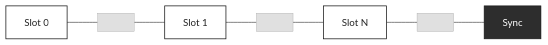
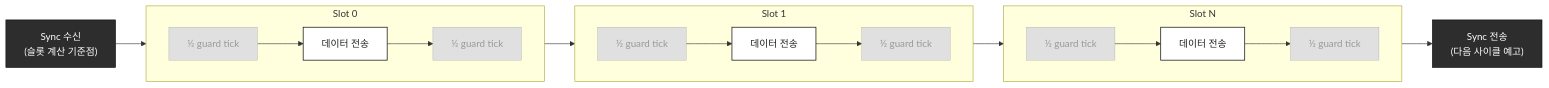
The diagram in diagrams/slot_timeline.mmd (Woodong02/SoC_Design_and_Programming), drawn with Mermaid before and after one commit. The commit also changed 8 other files, not shown here.

Commit message:
PHY 다이어그램에 N개 슬레이브 공유버스 표현, 비트필드 전송순서로 반전, 타임슬롯 다이어그램에 반-가드틱 구조 반영

```diff
--- a/diagrams/slot_timeline.mmd
+++ b/diagrams/slot_timeline.mmd
@@ -1,6 +1,25 @@
 flowchart LR
-    S0["Slot 0"]:::slot --- G0[" "]:::guard --- S1["Slot 1"]:::slot --- G1[" "]:::guard --- SN["Slot N"]:::slot --- G2[" "]:::guard --- SY["Sync"]:::sync
+    SY["Sync 수신\n(슬롯 계산 기준점)"]:::sync --> H0a
+
+    subgraph Slot0 ["Slot 0"]
+        direction LR
+        H0a["½ guard tick"]:::guard --> D0["데이터 전송"]:::slot --> H0b["½ guard tick"]:::guard
+    end
+
+    subgraph Slot1 ["Slot 1"]
+        direction LR
+        H1a["½ guard tick"]:::guard --> D1["데이터 전송"]:::slot --> H1b["½ guard tick"]:::guard
+    end
+
+    subgraph SlotN ["Slot N"]
+        direction LR
+        HNa["½ guard tick"]:::guard --> DN["데이터 전송"]:::slot --> HNb["½ guard tick"]:::guard
+    end
+
+    H0b --> H1a
+    H1b --> HNa
+    HNb --> SY2["Sync 전송\n(다음 사이클 예고)"]:::sync
 
     classDef slot fill:#FFFFFF,stroke:#111111,stroke-width:1.2px,color:#222222
     classDef guard fill:#E0E0E0,stroke:#999999,stroke-width:0.5px,color:#999999
     classDef sync fill:#2D2D2D,stroke:#111111,color:#FFFFFF
```
